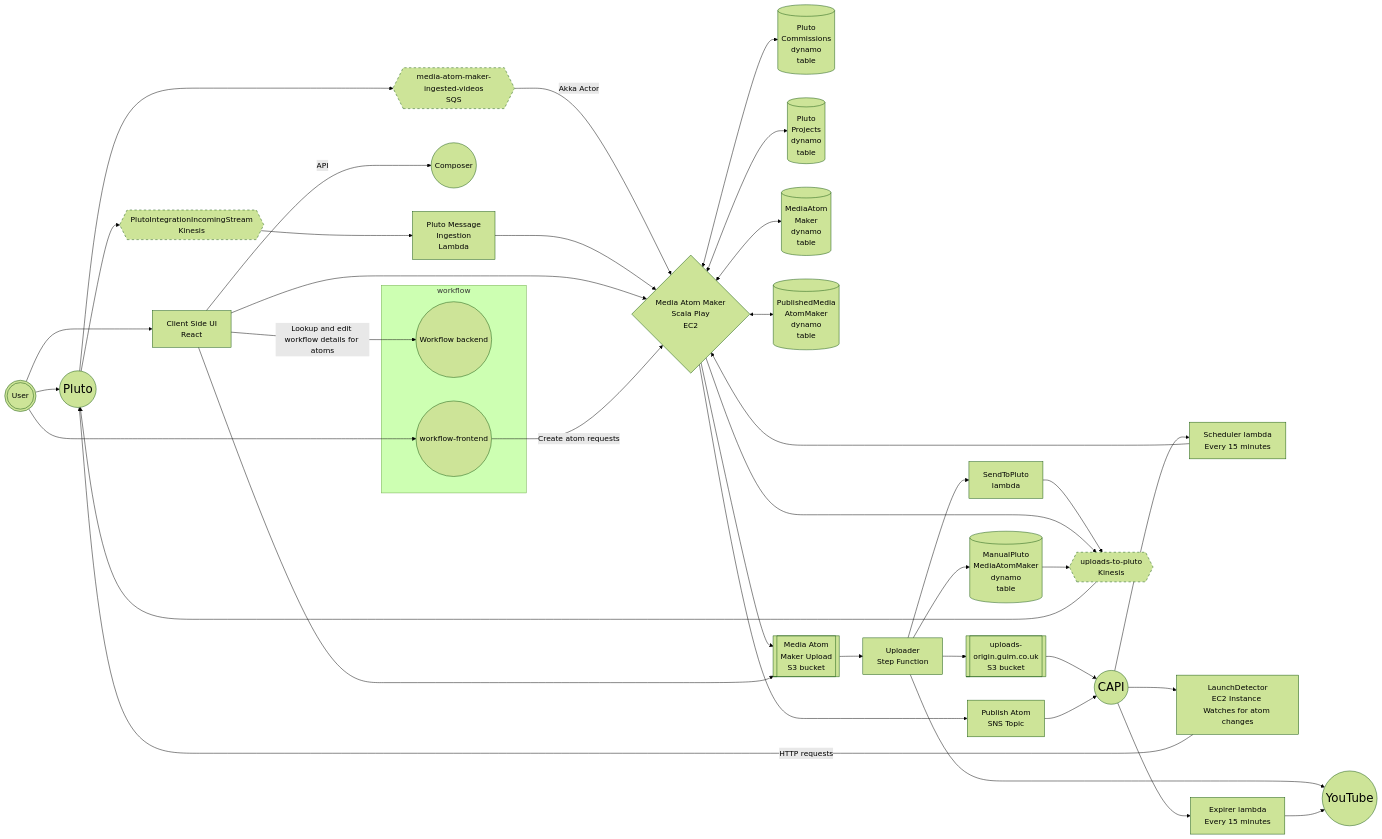
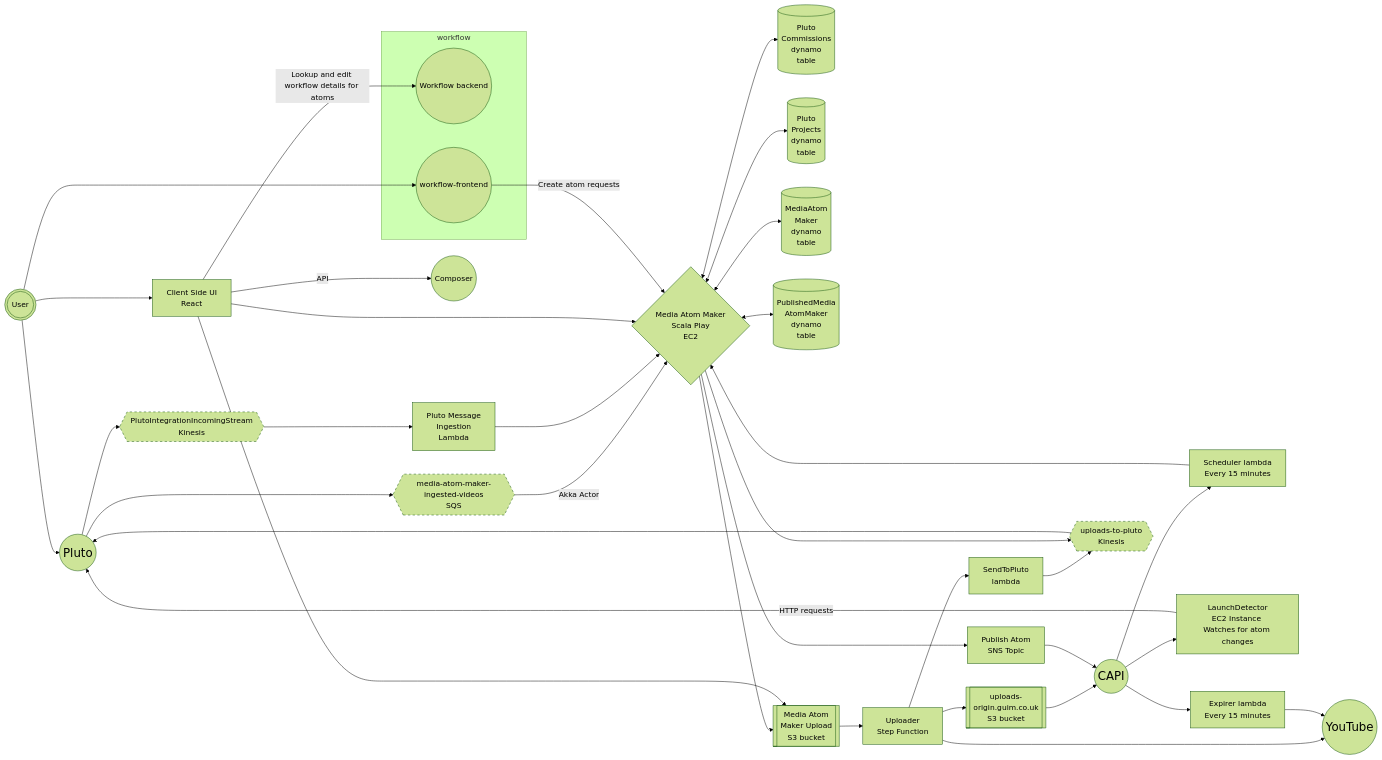
The first of 4 diagrams in docs/10-architecture.md (guardian/media-atom-maker), drawn with Mermaid (forest theme) before and after one commit. The commit also changed 7 other files, not shown here.

````diff
--- a/docs/10-architecture.md
+++ b/docs/10-architecture.md
@@ -5,57 +5,55 @@
 ```mermaid
 graph LR
     Pluto((Pluto)):::External
     YouTube((YouTube)):::External
     CAPI((CAPI)):::External
     Composer((Composer))
     uploads-to-pluto{{uploads-to-pluto<br/>Kinesis}}:::Stream
     media-atom-maker-ingested-videos{{media-atom-maker-ingested-videos<br/>SQS}}:::Stream
     PlutoIntegrationIncomingStream{{PlutoIntegrationIncomingStream<br/>Kinesis}}:::Stream
     uploads-to-pluto --> Pluto
     Pluto --> media-atom-maker-ingested-videos
     Pluto --> PlutoIntegrationIncomingStream
     SendToPluto[SendToPluto<br/>lambda] --> uploads-to-pluto
     media-atom-maker-ingested-videos -->|Akka Actor| MediaAtomMaker{Media Atom Maker<br/>Scala Play<br/>EC2}
     PlutoIntegrationIncomingStream --> PlutoMessage[Pluto Message<br/>Ingestion<br/>Lambda]
     PlutoMessage --> MediaAtomMaker
     MediaAtomMaker <--> PlutoCommissions[(Pluto<br/>Commissions<br/>dynamo<br/>table)]
     MediaAtomMaker <--> PlutoProjects[(Pluto<br/>Projects<br/>dynamo<br/>table)]
     MediaAtomMaker <--> MediaAtomMakerProd[(MediaAtom<br/>Maker<br/>dynamo<br/>table)]
     MediaAtomMaker <--> PublishedMedia[(PublishedMedia<br/>AtomMaker<br/>dynamo<br/>table)]
     MediaAtomMaker --> MediaAtomMakerUpload[[Media Atom<br/>Maker Upload<br/>S3 bucket]]
     MediaAtomMaker --> uploads-to-pluto
     User(((User)))
     User --> ClientSide
     User --> Pluto
     ClientSide[Client Side UI<br/>React<br/>]
     ClientSide --> MediaAtomMaker
     ClientSide --> MediaAtomMakerUpload
     ClientSide -->|API| Composer
     MediaAtomMakerUpload --> Uploader
     Uploader[Uploader<br/>Step Function]
     Uploader --> SendToPluto
     Uploader --> YouTube
     Uploader --> UploadsOrigin[[uploads-<br/>origin.guim.co.uk<br/>S3 bucket]]
-    Uploader --> ManualPluto[(ManualPluto<br/>MediaAtomMaker<br/>dynamo<br/>table)]
-    ManualPluto --> uploads-to-pluto
     UploadsOrigin --> CAPI
     MediaAtomMaker --> PublishAtom[Publish Atom<br/>SNS Topic]
     Scheduler[Scheduler lambda<br/>Every 15 minutes]
     Scheduler --> MediaAtomMaker
     CAPI --> Scheduler
     CAPI --> LaunchDetector[LaunchDetector<br/>EC2 Instance <br/>Watches for atom changes]
     LaunchDetector -->|HTTP requests| Pluto
     PublishAtom --> CAPI
     Expirer[Expirer lambda<br/>Every 15 minutes]
     CAPI --> Expirer
     Expirer --> YouTube
     subgraph workflow
       Workflow((Workflow backend))
       WorkflowFrontend((workflow-frontend))
     end
     ClientSide -->|Lookup and edit workflow details for atoms| Workflow
     User --> WorkflowFrontend
     WorkflowFrontend -->|Create atom requests| MediaAtomMaker
     classDef External padding: 50px, width: 200px, font-size: 25px
     classDef Stream stroke-dasharray: 5 5
 ```
````
